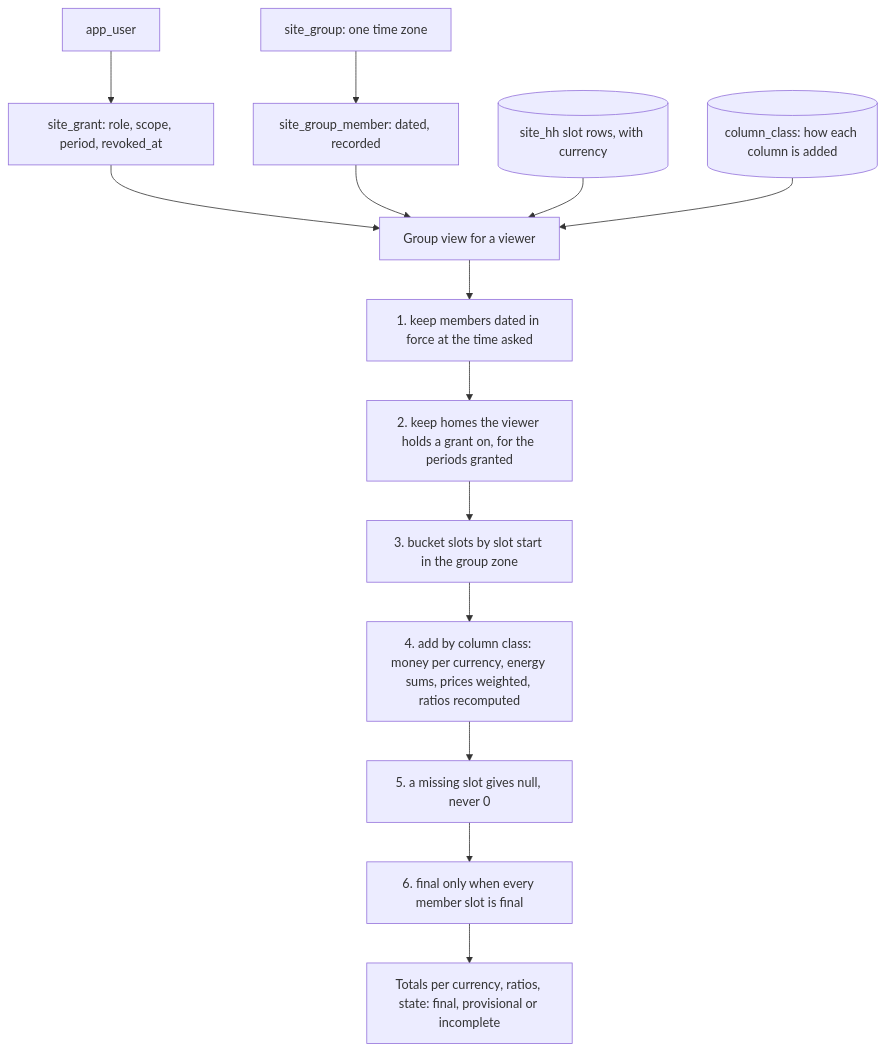
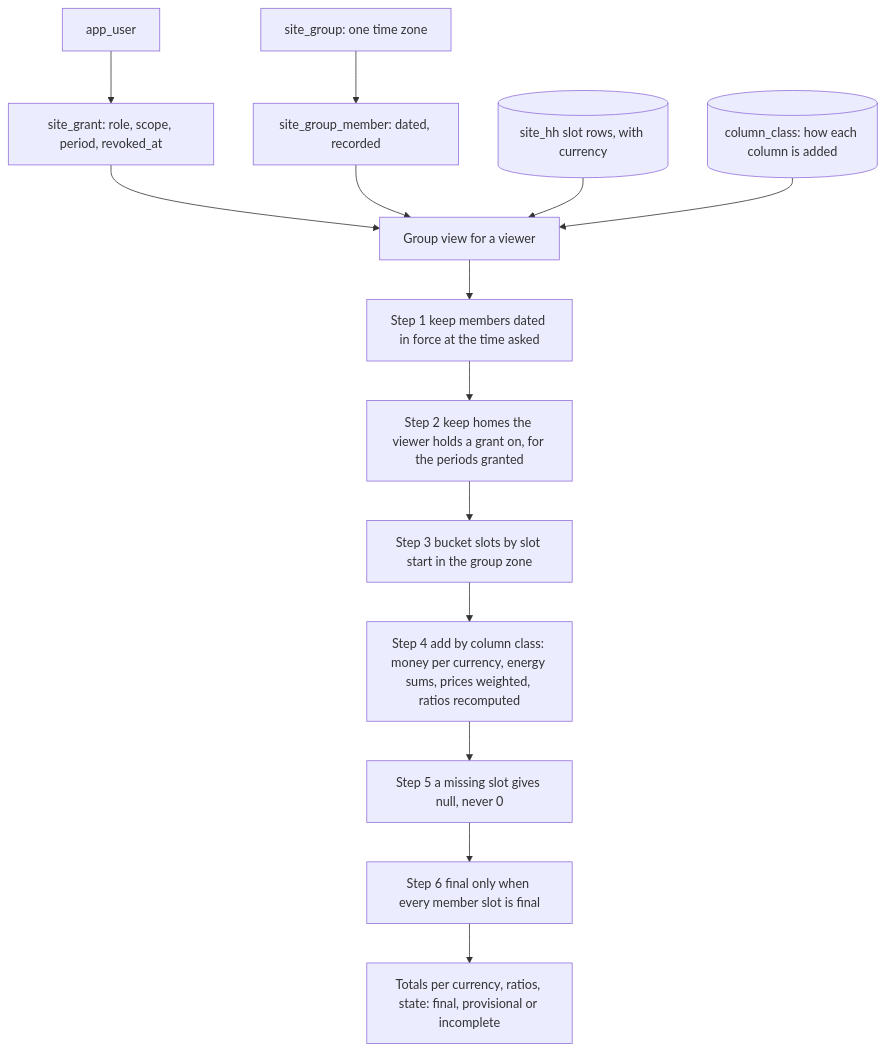
The tenth of 11 diagrams in docs/slot-engine-architecture.md (sshahriazz/energiebee-core-prototype), drawn with Mermaid before and after one commit. The commit also changed other lines of this file and 1 other file, not shown here.

Commit message:
Docs: diagram labels no longer start with a number and a dot (read as a Markdown list by newer Mermaid)

````diff
--- a/docs/slot-engine-architecture.md
+++ b/docs/slot-engine-architecture.md
@@ -566,26 +566,26 @@
 ```mermaid
 flowchart TB
   U["app_user"]
   SG["site_grant: role, scope, period, revoked_at"]
   G["site_group: one time zone"]
   M["site_group_member: dated, recorded"]
   HH[("site_hh slot rows, with currency")]
   CC[("column_class: how each column is added")]
 
   V["Group view for a viewer"]
-  R1["1. keep members dated in force at the time asked"]
-  R2["2. keep homes the viewer holds a grant on, for the periods granted"]
-  R3["3. bucket slots by slot start in the group zone"]
-  R4["4. add by column class: money per currency, energy sums, prices weighted, ratios recomputed"]
-  R5["5. a missing slot gives null, never 0"]
-  R6["6. final only when every member slot is final"]
+  R1["Step 1 keep members dated in force at the time asked"]
+  R2["Step 2 keep homes the viewer holds a grant on, for the periods granted"]
+  R3["Step 3 bucket slots by slot start in the group zone"]
+  R4["Step 4 add by column class: money per currency, energy sums, prices weighted, ratios recomputed"]
+  R5["Step 5 a missing slot gives null, never 0"]
+  R6["Step 6 final only when every member slot is final"]
   OUT["Totals per currency, ratios, state: final, provisional or incomplete"]
 
   U --> SG
   G --> M
   SG --> V
   M --> V
   HH --> V
   CC --> V
   V --> R1 --> R2 --> R3 --> R4 --> R5 --> R6 --> OUT
 ```
````
